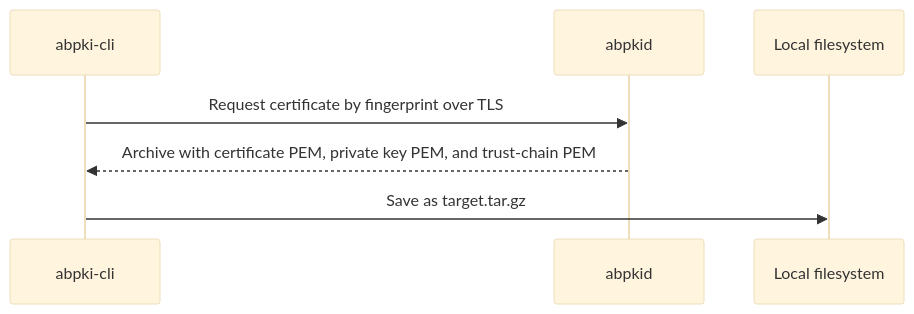
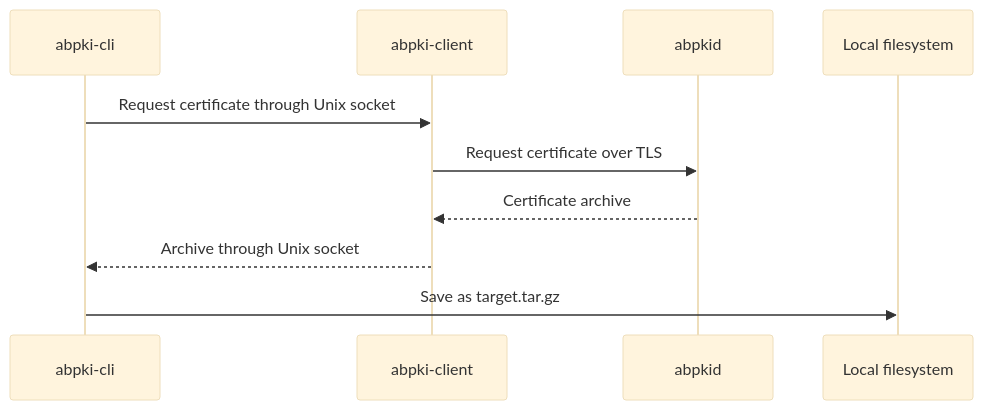
One commit to pregene/autobricks-pki changed the diagram in docs/cli.md. Above: the diagram before and after it, drawn with Mermaid (base theme). The commit also changed other lines of this file and 72 other files, not shown here.

Commit message:
Add client daemon and interactive server/client packages

````diff
--- a/docs/cli.md
+++ b/docs/cli.md
@@ -60,9 +62,12 @@
 ```mermaid
 sequenceDiagram
     participant CLI as abpki-cli
+    participant Local as abpki-client
     participant Server as abpkid
     participant File as Local filesystem
-    CLI->>Server: Request certificate by fingerprint over TLS
-    Server-->>CLI: Archive with certificate PEM, private key PEM, and trust-chain PEM
+    CLI->>Local: Request certificate through Unix socket
+    Local->>Server: Request certificate over TLS
+    Server-->>Local: Certificate archive
+    Local-->>CLI: Archive through Unix socket
     CLI->>File: Save as target.tar.gz
 ```
````
